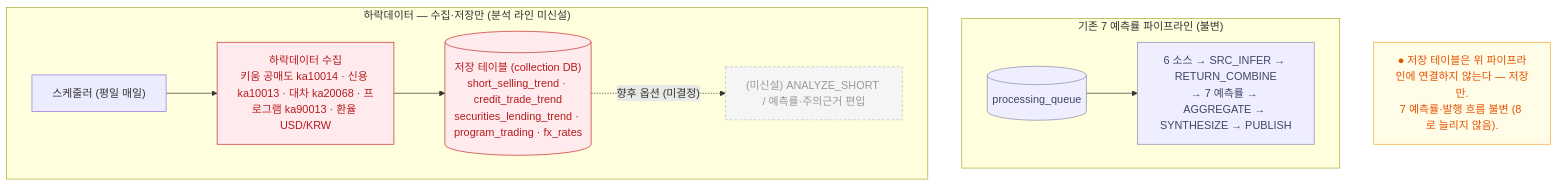
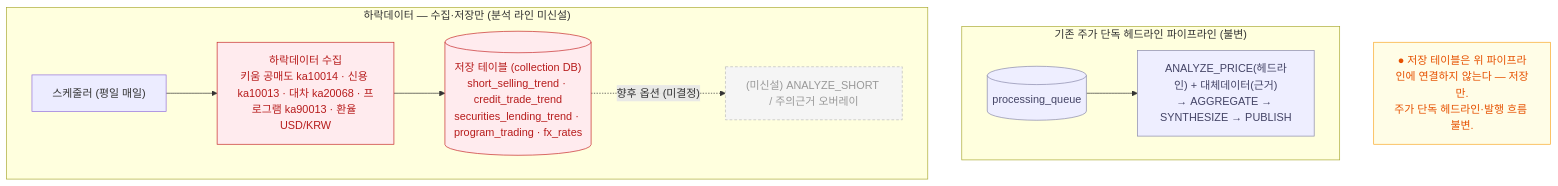
One commit to AIX14-3/signal-alpha changed the third of 3 diagrams in docs/spec/worker-pipeline-detailed.md. Above: the diagram before and after it, drawn with Mermaid. The commit also changed other lines of this file, not shown here.

First line of the commit message:
docs(spec): 워커 파이프라인 설계도 최신화 — 주가 단독 예측 라인 전환

````diff
--- a/docs/spec/worker-pipeline-detailed.md
+++ b/docs/spec/worker-pipeline-detailed.md
@@ -198,23 +244,23 @@
 ```mermaid
 flowchart TB
-  subgraph MAIN["기존 7 예측률 파이프라인 (불변)"]
-    Q[("processing_queue")] --> pipe["6 소스 → SRC_INFER → RETURN_COMBINE<br/>→ 7 예측률 → AGGREGATE → SYNTHESIZE → PUBLISH"]
+  subgraph MAIN["기존 주가 단독 헤드라인 파이프라인 (불변)"]
+    Q[("processing_queue")] --> pipe["ANALYZE_PRICE(헤드라인) + 대체데이터(근거)<br/>→ AGGREGATE → SYNTHESIZE → PUBLISH"]
   end
 
   subgraph STORE["하락데이터 — 수집·저장만 (분석 라인 미신설)"]
     cron2["스케줄러 (평일 매일)"] --> dc["하락데이터 수집<br/>키움 공매도 ka10014 · 신용 ka10013 · 대차 ka20068 · 프로그램 ka90013 · 환율 USD/KRW"]
     dc --> DT[("저장 테이블 (collection DB)<br/>short_selling_trend · credit_trade_trend<br/>securities_lending_trend · program_trading · fx_rates")]
-    DT -. "향후 옵션 (미결정)" .-> ghost["(미신설) ANALYZE_SHORT / 예측률·주의근거 편입"]
+    DT -. "향후 옵션 (미결정)" .-> ghost["(미신설) ANALYZE_SHORT / 주의근거 오버레이"]
   end
 
-  note["● 저장 테이블은 위 파이프라인에 연결하지 않는다 — 저장만.<br/>7 예측률·발행 흐름 불변 (8 로 늘리지 않음)."]
+  note["● 저장 테이블은 위 파이프라인에 연결하지 않는다 — 저장만.<br/>주가 단독 헤드라인·발행 흐름 불변."]
 
   classDef down fill:#ffebee,stroke:#c62828,color:#b71c1c;
   classDef ghost fill:#f5f5f5,stroke:#bbbbbb,color:#999999,stroke-dasharray:4 3;
   classDef mainc fill:#eeeeff,stroke:#8888aa,color:#444466;
   classDef notec fill:#fffde7,stroke:#f9a825,color:#e65100;
   class dc,DT down;
   class ghost ghost;
   class Q,pipe mainc;
   class note notec;
 ```
````
